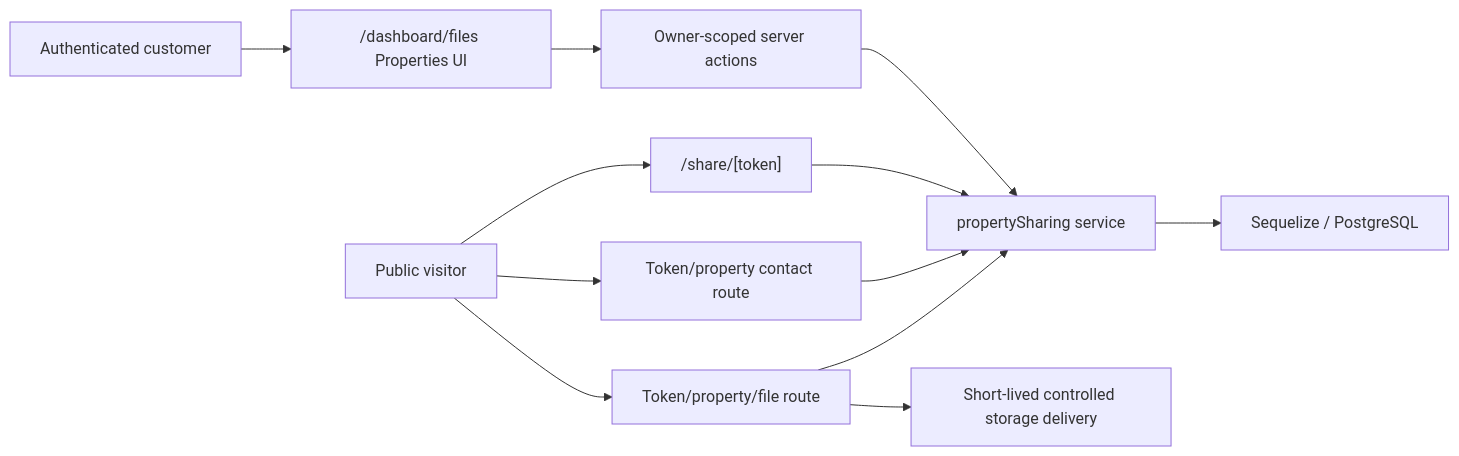
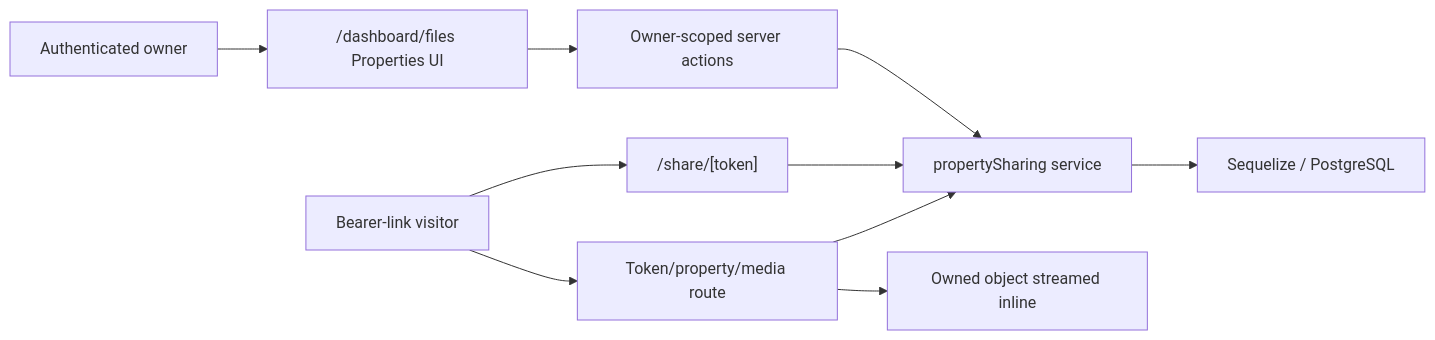
One commit to NanduKkd/milkywayy-booking changed the diagram in docs/customer-property-sharing/ARCHITECTURE.md. Above: the diagram before and after it, drawn with Mermaid. The commit also changed other lines of this file and 67 other files, not shown here.

Commit message:
fix: correct property showcase sharing (#68)

````diff
--- a/docs/customer-property-sharing/ARCHITECTURE.md
+++ b/docs/customer-property-sharing/ARCHITECTURE.md
@@ -5,14 +5,12 @@
 ```mermaid
 flowchart LR
-    Owner["Authenticated customer"] --> Dashboard["/dashboard/files Properties UI"]
+    Owner["Authenticated owner"] --> Dashboard["/dashboard/files Properties UI"]
     Dashboard --> Actions["Owner-scoped server actions"]
     Actions --> Service["propertySharing service"]
-    Visitor["Public visitor"] --> Landing["/share/[token]"]
-    Landing --> Service
-    Visitor --> Contact["Token/property contact route"]
-    Contact --> Service
-    Visitor --> File["Token/property/file route"]
-    File --> Service
+    Visitor["Bearer-link visitor"] --> Showcase["/share/[token]"]
+    Showcase --> Service
+    Visitor --> Media["Token/property/media route"]
+    Media --> Service
     Service --> DB["Sequelize / PostgreSQL"]
-    File --> Signed["Short-lived controlled storage delivery"]
+    Media --> S3["Owned object streamed inline"]
 ```
````
